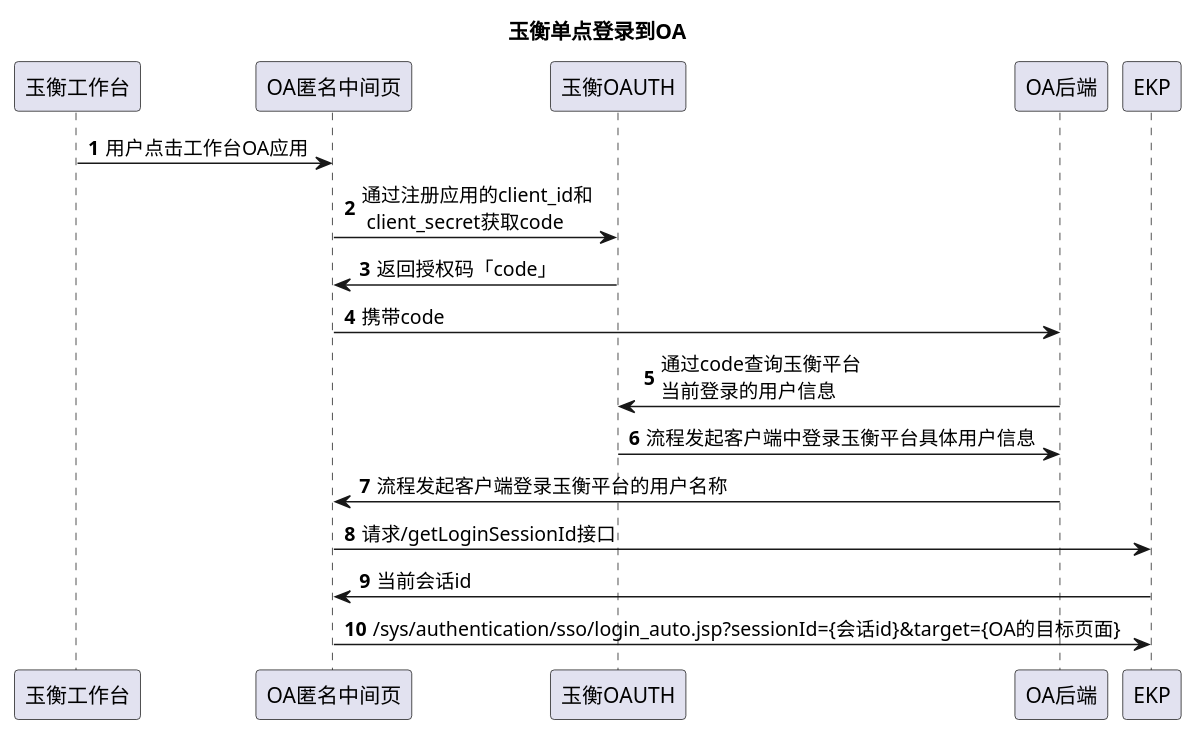
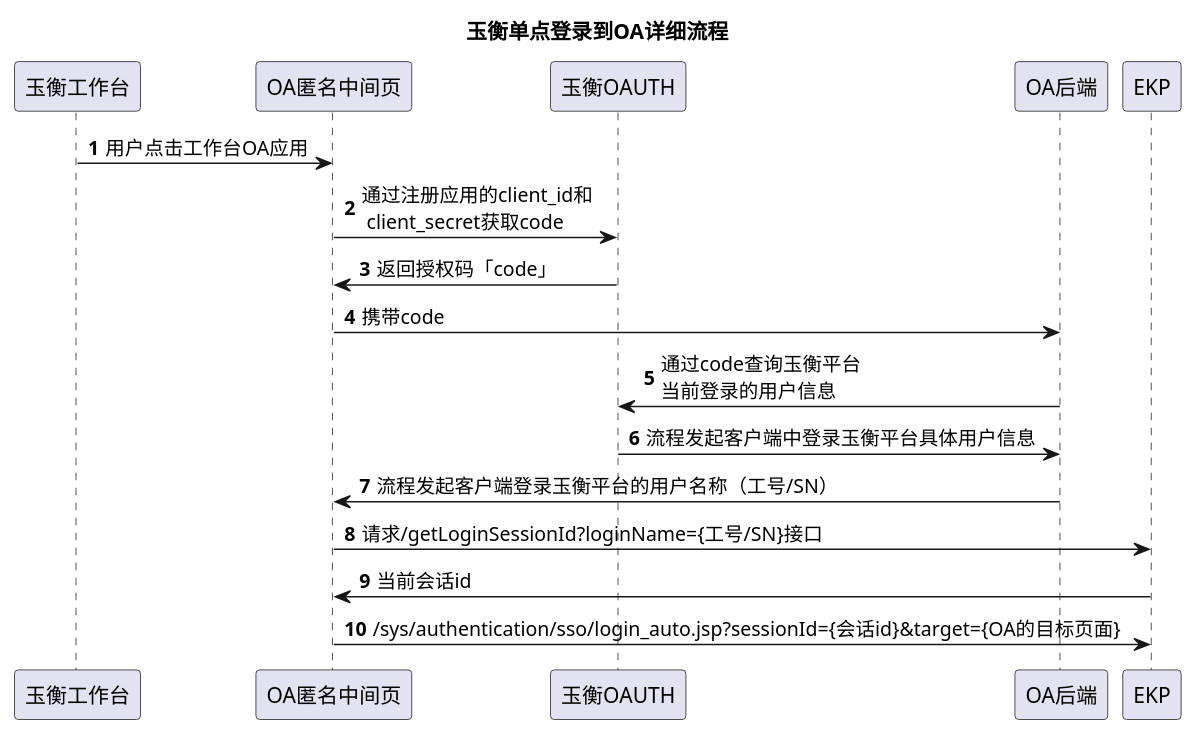
One commit to huanglian666/design-pattern changed the diagram in src/main/resources/uml/玉衡单点到OA.puml. Above: the diagram before and after it, drawn with PlantUML.

Commit message:
设计玉衡单点登录到OA的详细执行方案

```diff
--- a/src/main/resources/uml/玉衡单点到OA.puml
+++ b/src/main/resources/uml/玉衡单点到OA.puml
@@ -1,23 +1,23 @@
 @startuml
 'https://plantuml.com/sequence-diagram
 
-title 玉衡单点登录到OA
+title 玉衡单点登录到OA详细流程
 autonumber
 
 玉衡工作台 -> OA匿名中间页: 用户点击工作台OA应用
 OA匿名中间页 -> 玉衡OAUTH: 通过注册应用的client_id和\n client_secret获取code
 玉衡OAUTH -> OA匿名中间页: 返回授权码「code」
 
 OA匿名中间页 -> OA后端: 携带code
 
 OA后端 -> 玉衡OAUTH: 通过code查询玉衡平台\n当前登录的用户信息
 
 玉衡OAUTH -> OA后端: 流程发起客户端中登录玉衡平台具体用户信息
 
-OA后端 -> OA匿名中间页: 流程发起客户端登录玉衡平台的用户名称
+OA后端 -> OA匿名中间页: 流程发起客户端登录玉衡平台的用户名称（工号/SN）
 
-OA匿名中间页 -> EKP: 请求/getLoginSessionId接口
+OA匿名中间页 -> EKP: 请求/getLoginSessionId?loginName={工号/SN}接口
 EKP -> OA匿名中间页: 当前会话id
 
 OA匿名中间页 -> EKP: /sys/authentication/sso/login_auto.jsp?sessionId={会话id}&target={OA的目标页面}
 @enduml
```
